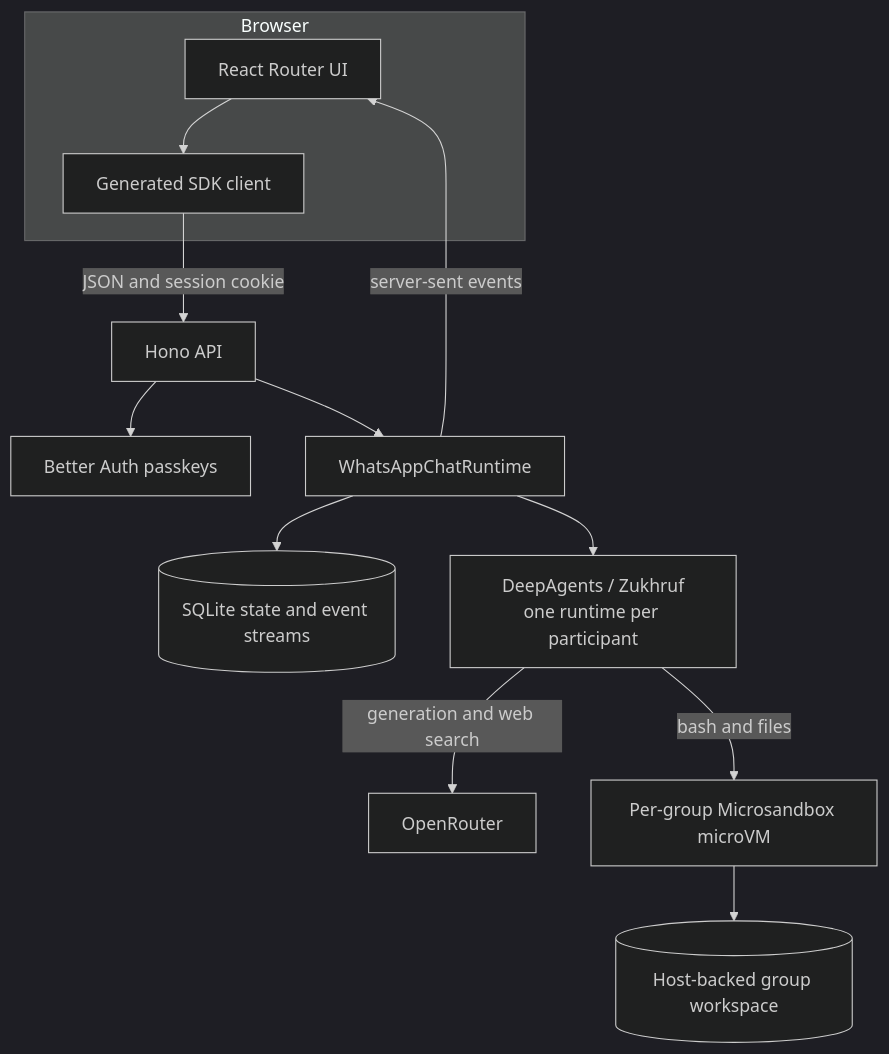
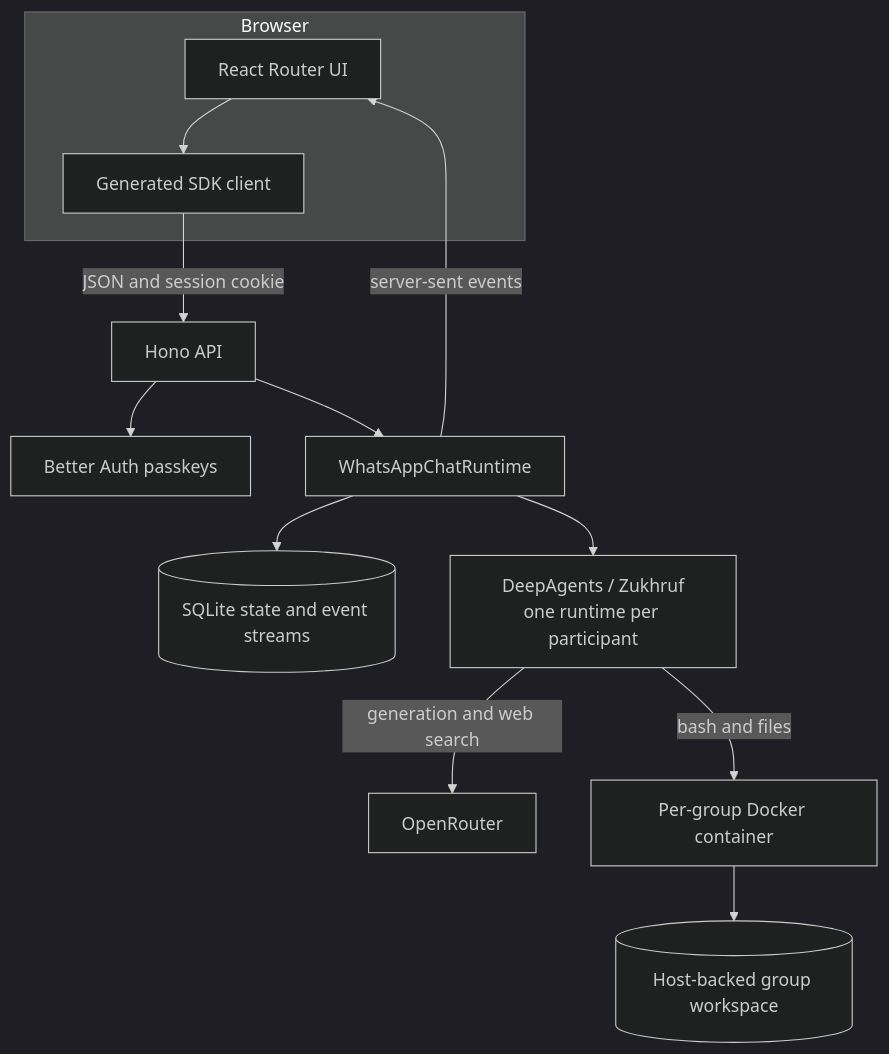
One commit to ezzabuzaid/blackboard changed the first of 2 diagrams in README.md. Above: the diagram before and after it, drawn with Mermaid (dark theme). The commit also changed other lines of this file and 16 other files, not shown here.

Commit message:
feat(api): migrate runtime to DeepAgents 7 and Docker sandboxes

````diff
--- a/README.md
+++ b/README.md
@@ -29,18 +29,18 @@
 ```mermaid
 flowchart TB
   subgraph Browser
     UI[React Router UI]
     Client[Generated SDK client]
     UI --> Client
   end
 
   Client -->|JSON and session cookie| API[Hono API]
   API --> Auth[Better Auth passkeys]
   API --> Runtime[WhatsAppChatRuntime]
   Runtime --> State[(SQLite state and event streams)]
   Runtime --> Agents[DeepAgents / Zukhruf<br/>one runtime per participant]
   Agents -->|generation and web search| OpenRouter[OpenRouter]
-  Agents -->|bash and files| Sandbox[Per-group Microsandbox microVM]
+  Agents -->|bash and files| Sandbox[Per-group Docker container]
   Sandbox --> Workspace[(Host-backed group workspace)]
   Runtime -->|server-sent events| UI
 ```
````
